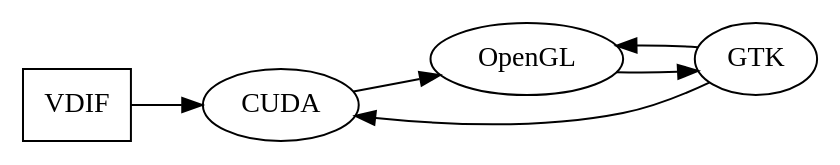
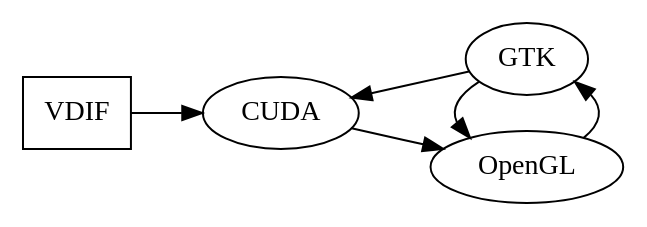
Before and after one commit to robotopia/dm-slider: the diagram in doc/images/cudaopengl.dot, drawn with Graphviz.

```diff
--- a/doc/images/cudaopengl.dot
+++ b/doc/images/cudaopengl.dot
@@ -1,8 +1,15 @@
 digraph cudaopengl
 {
     rankdir="LR";
     VDIF [shape="box"]
     VDIF -> CUDA -> OpenGL -> GTK
+    GTK -> CUDA
     GTK -> OpenGL
-    GTK -> CUDA
+
+    subgraph subs
+    {
+        rank = same
+        GTK
+        OpenGL
+    }
 }
```
